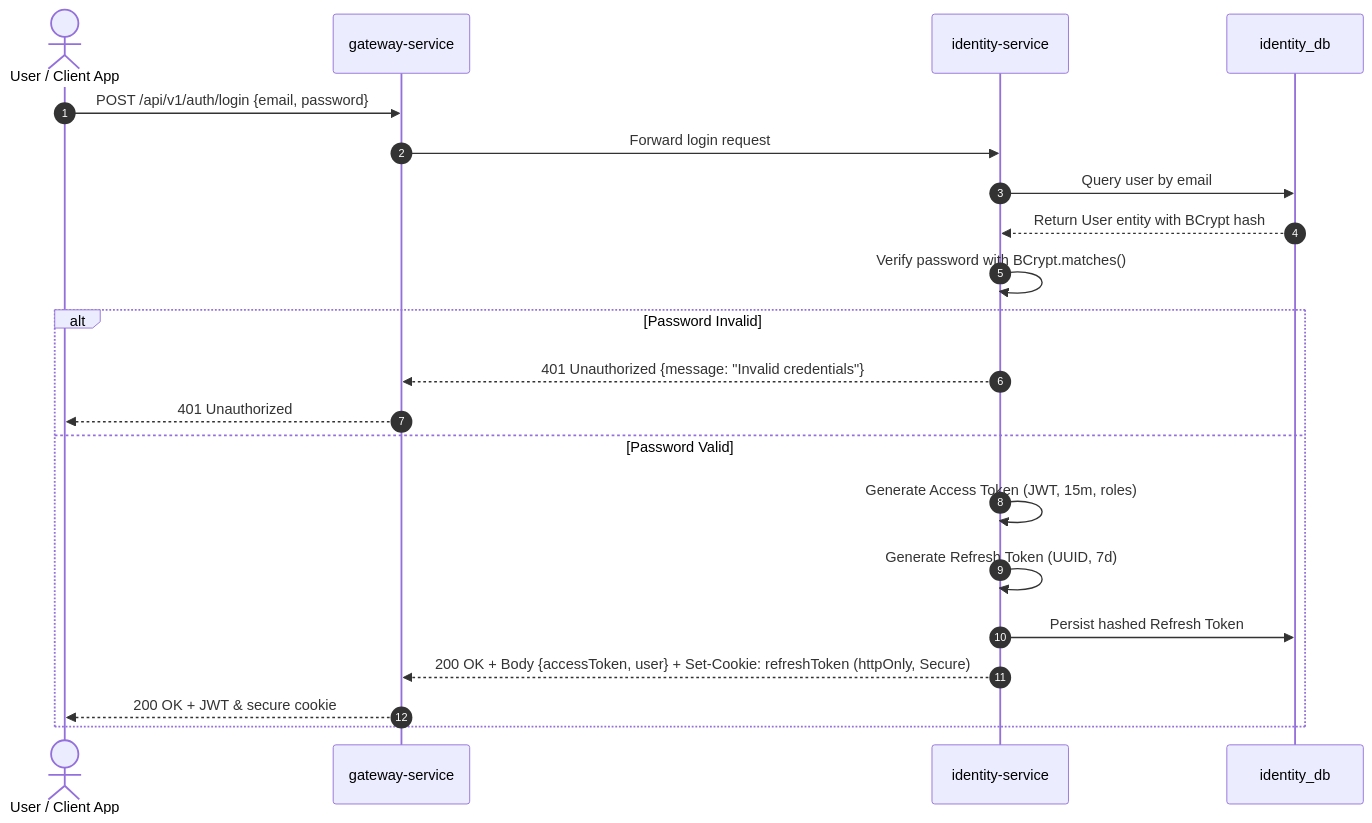
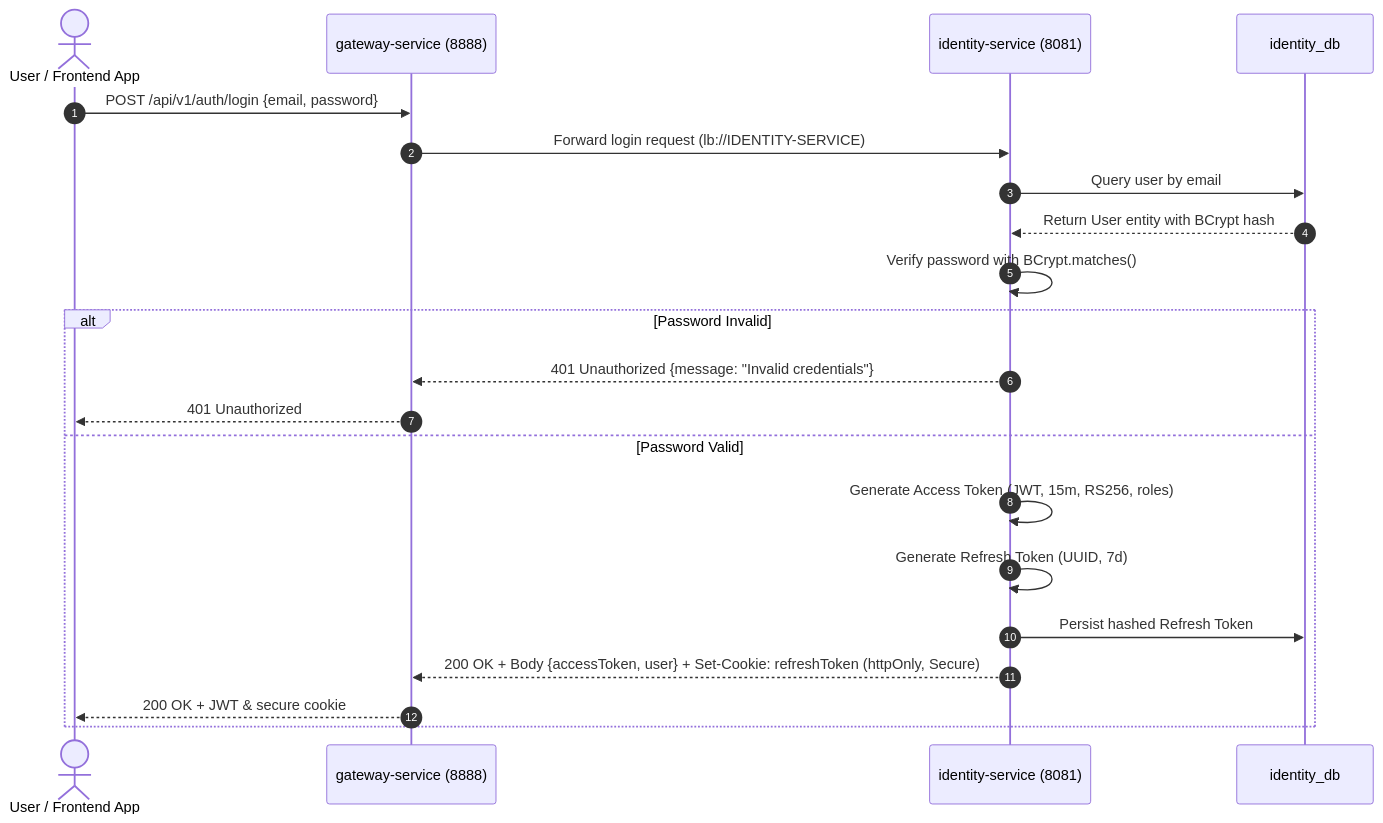
Before and after one commit to ELBATTAHAHMED/Yuding: the second of 5 diagrams in docs/YUDING_V2_ARCHITECTURE.md, drawn with Mermaid. The commit also changed other lines of this file, not shown here.

Commit message:
docs: define Yuding V2 architecture

````diff
--- a/docs/YUDING_V2_ARCHITECTURE.md
+++ b/docs/YUDING_V2_ARCHITECTURE.md
@@ -356,24 +337,24 @@
 ```mermaid
 sequenceDiagram
     autonumber
-    actor User as User / Client App
-    participant GW as gateway-service
-    participant IS as identity-service
+    actor User as User / Frontend App
+    participant GW as gateway-service (8888)
+    participant IS as identity-service (8081)
     participant DB as identity_db
 
     User->>GW: POST /api/v1/auth/login {email, password}
-    GW->>IS: Forward login request
+    GW->>IS: Forward login request (lb://IDENTITY-SERVICE)
     IS->>DB: Query user by email
     DB-->>IS: Return User entity with BCrypt hash
     IS->>IS: Verify password with BCrypt.matches()
     alt Password Invalid
         IS-->>GW: 401 Unauthorized {message: "Invalid credentials"}
         GW-->>User: 401 Unauthorized
     else Password Valid
-        IS->>IS: Generate Access Token (JWT, 15m, roles)
+        IS->>IS: Generate Access Token (JWT, 15m, RS256, roles)
         IS->>IS: Generate Refresh Token (UUID, 7d)
         IS->>DB: Persist hashed Refresh Token
         IS-->>GW: 200 OK + Body {accessToken, user} + Set-Cookie: refreshToken (httpOnly, Secure)
         GW-->>User: 200 OK + JWT & secure cookie
     end
 ```
````
